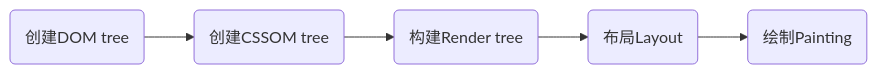
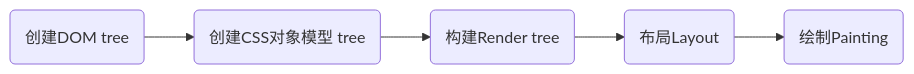
Before and after one commit to huiruo/programming-tech-website: the third of 3 diagrams in programming-tech/http-浏览器缓存/01-浏览器请求-渲染的流程-回流重绘.md, drawn with Mermaid. The commit also changed other lines of this file and 7 other files, not shown here.

````diff
--- a/programming-tech/http-浏览器缓存/01-浏览器请求-渲染的流程-回流重绘.md
+++ b/programming-tech/http-浏览器缓存/01-浏览器请求-渲染的流程-回流重绘.md
@@ -282,5 +127,5 @@
 ```mermaid
 flowchart LR
-A1(创建DOM tree)-->a2(创建CSSOM tree)-->a3(构建Render tree)
+A1(创建DOM tree)-->a2(创建CSS对象模型 tree)-->a3(构建Render tree)
 a3-->a4(布局Layout)-->a5(绘制Painting)
 ```
````
